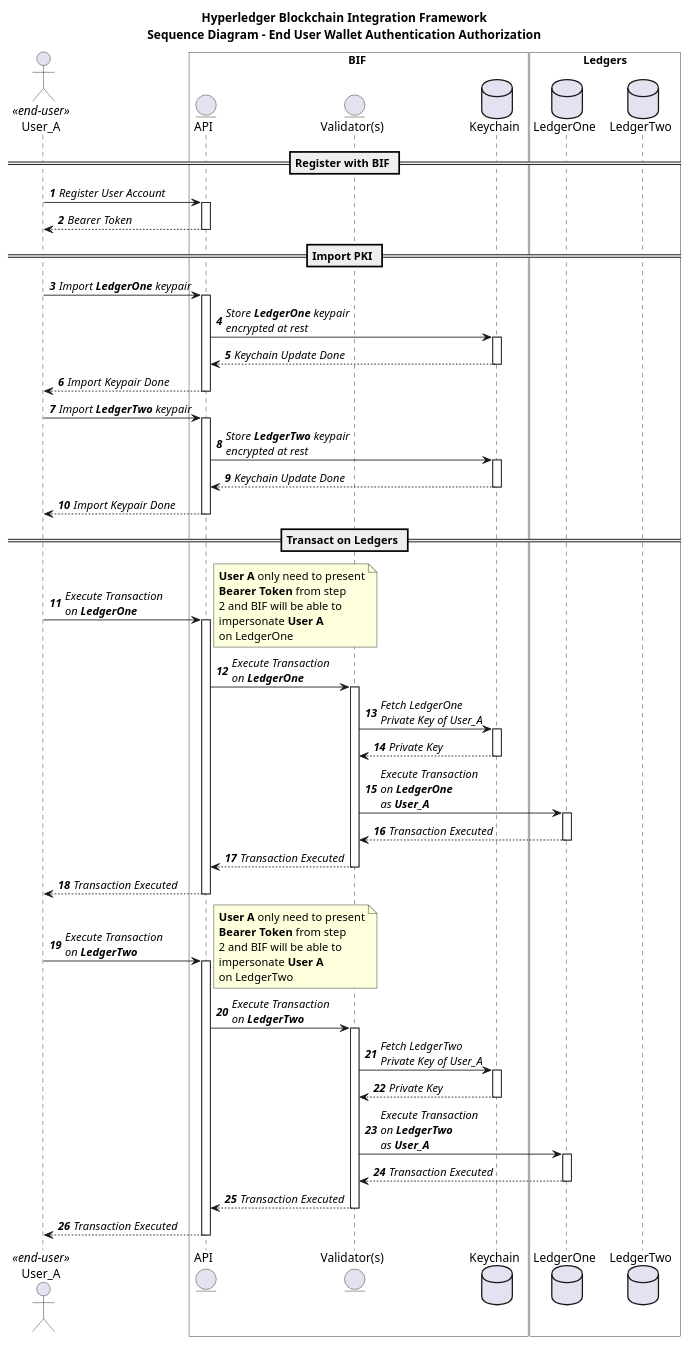
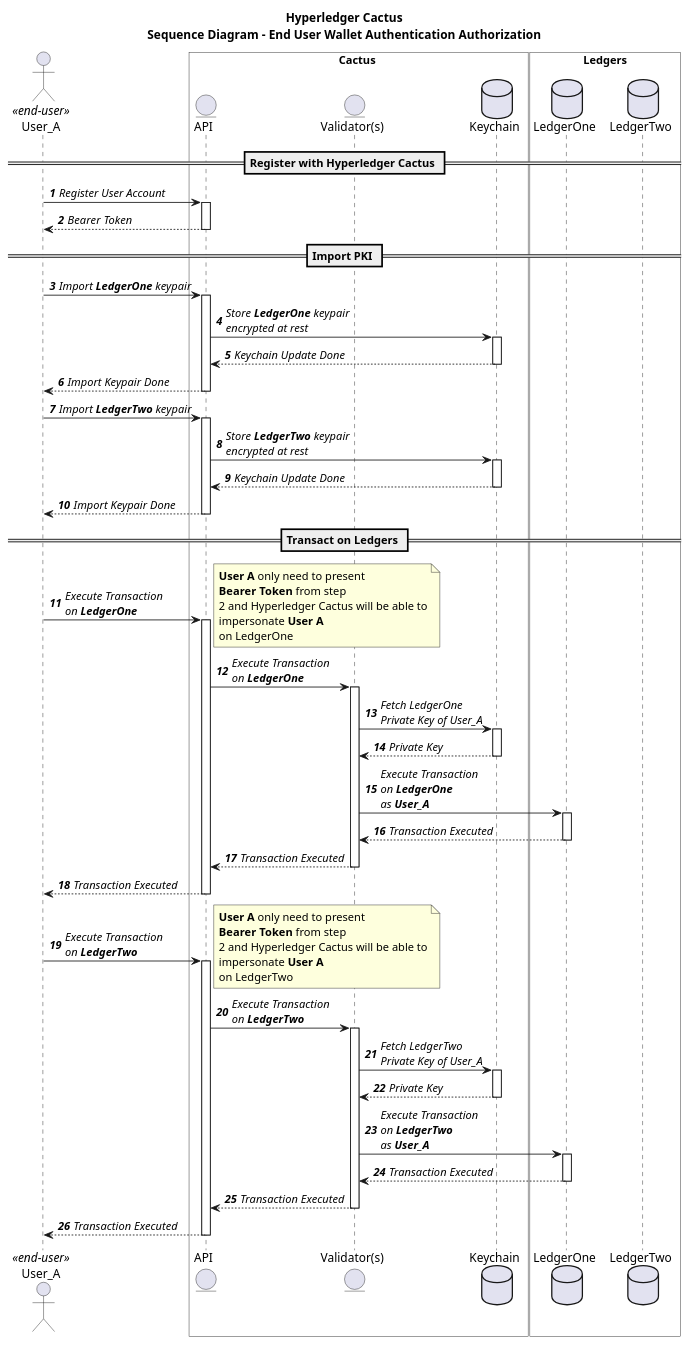
Before and after one commit to hyperledger-cacti/cacti: the diagram in docs/whitepaper/use-case-sequence-diagram-end-user-wallet-authentication-authorization.puml, drawn with PlantUML. The commit also changed 32 other files, not shown here.

Commit message:
docs: Name change to Hyperledger Cactus

```diff
--- a/docs/whitepaper/use-case-sequence-diagram-end-user-wallet-authentication-authorization.puml
+++ b/docs/whitepaper/use-case-sequence-diagram-end-user-wallet-authentication-authorization.puml
@@ -1,78 +1,78 @@
 @startuml Sequence Diagram - End User Wallet Authentication Authorization
 
 skinparam ArrowFontStyle italic
 
-title Hyperledger Blockchain Integration Framework\nSequence Diagram - End User Wallet Authentication Authorization
+title Hyperledger Cactus\nSequence Diagram - End User Wallet Authentication Authorization
 
 actor User_A as a <<end-user>>
 
-box BIF #White
+box Cactus #White
 entity "API" as api
 entity "Validator(s)" as v
 database "Keychain" as k
 end box
 
 box "Ledgers" #White
 database LedgerOne as d1
 database LedgerTwo as d2
 end box
 
 autoactivate on
 autonumber
 
-== Register with BIF ==
+== Register with Hyperledger Cactus ==
 
 a -> api: Register User Account
 return Bearer Token
 
 == Import PKI ==
 
 a -> api: Import **LedgerOne** keypair
   api -> k: Store **LedgerOne** keypair\nencrypted at rest
   return Keychain Update Done
 return Import Keypair Done
 
 a -> api: Import **LedgerTwo** keypair
   api -> k: Store **LedgerTwo** keypair\nencrypted at rest
   return Keychain Update Done
 return Import Keypair Done
 
 == Transact on Ledgers ==
 
 a -> api: Execute Transaction\non **LedgerOne**
 note right
 **User A** only need to present
 **Bearer Token** from step
-2 and BIF will be able to
+2 and Hyperledger Cactus will be able to
 impersonate **User A**
 on LedgerOne
 end note
   api -> v: Execute Transaction\non **LedgerOne**
 
     v -> k: Fetch LedgerOne\nPrivate Key of User_A
     return Private Key
 
     v -> d1: Execute Transaction\non **LedgerOne**\nas **User_A**
     return Transaction Executed
   return Transaction Executed
 return Transaction Executed
 
 a -> api: Execute Transaction\non **LedgerTwo**
 note right
 **User A** only need to present
 **Bearer Token** from step
-2 and BIF will be able to
+2 and Hyperledger Cactus will be able to
 impersonate **User A**
 on LedgerTwo
 end note
   api -> v: Execute Transaction\non **LedgerTwo**
 
     v -> k: Fetch LedgerTwo\nPrivate Key of User_A
     return Private Key
 
     v -> d1: Execute Transaction\non **LedgerTwo**\nas **User_A**
     return Transaction Executed
   return Transaction Executed
 return Transaction Executed
 
 @enduml
```
